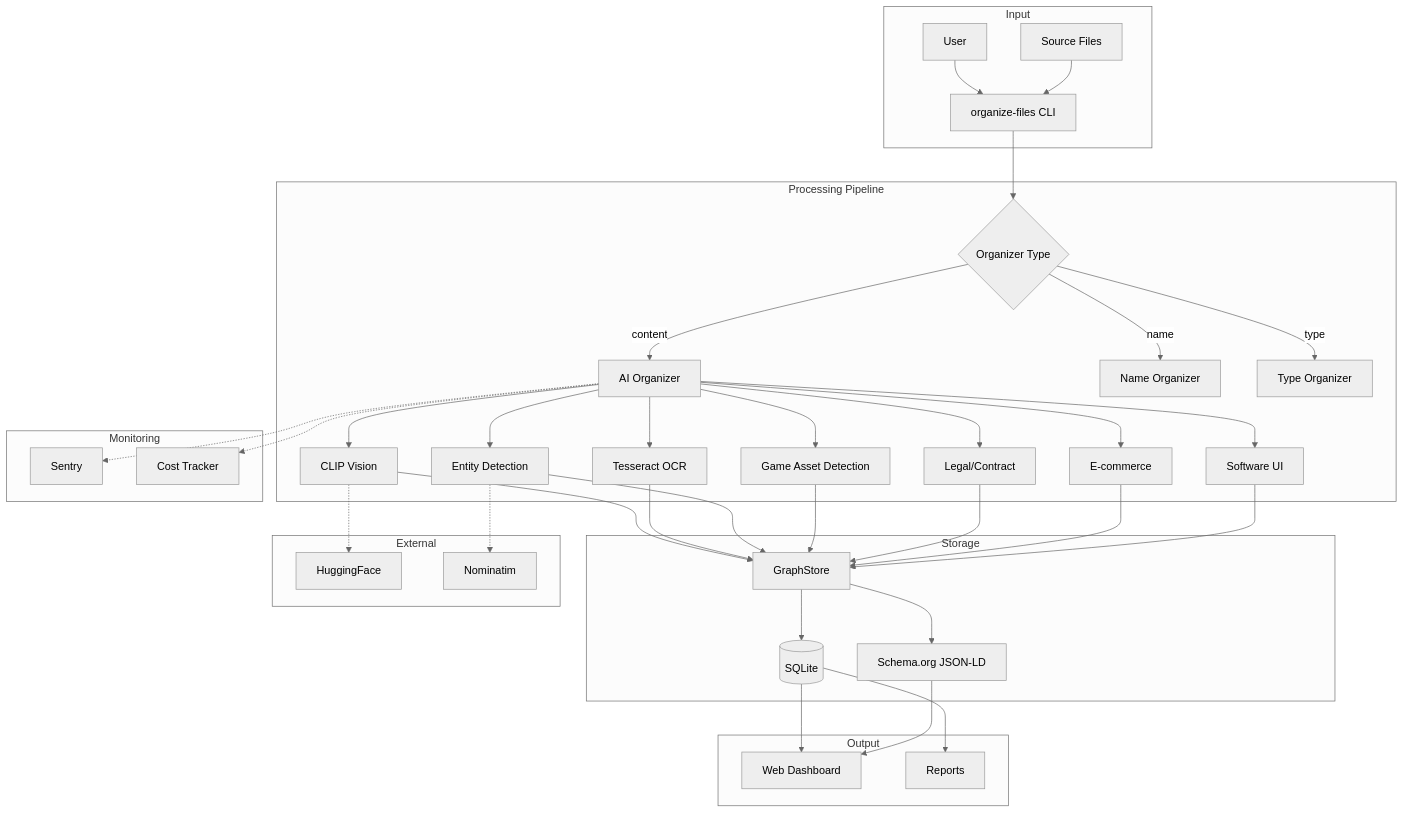
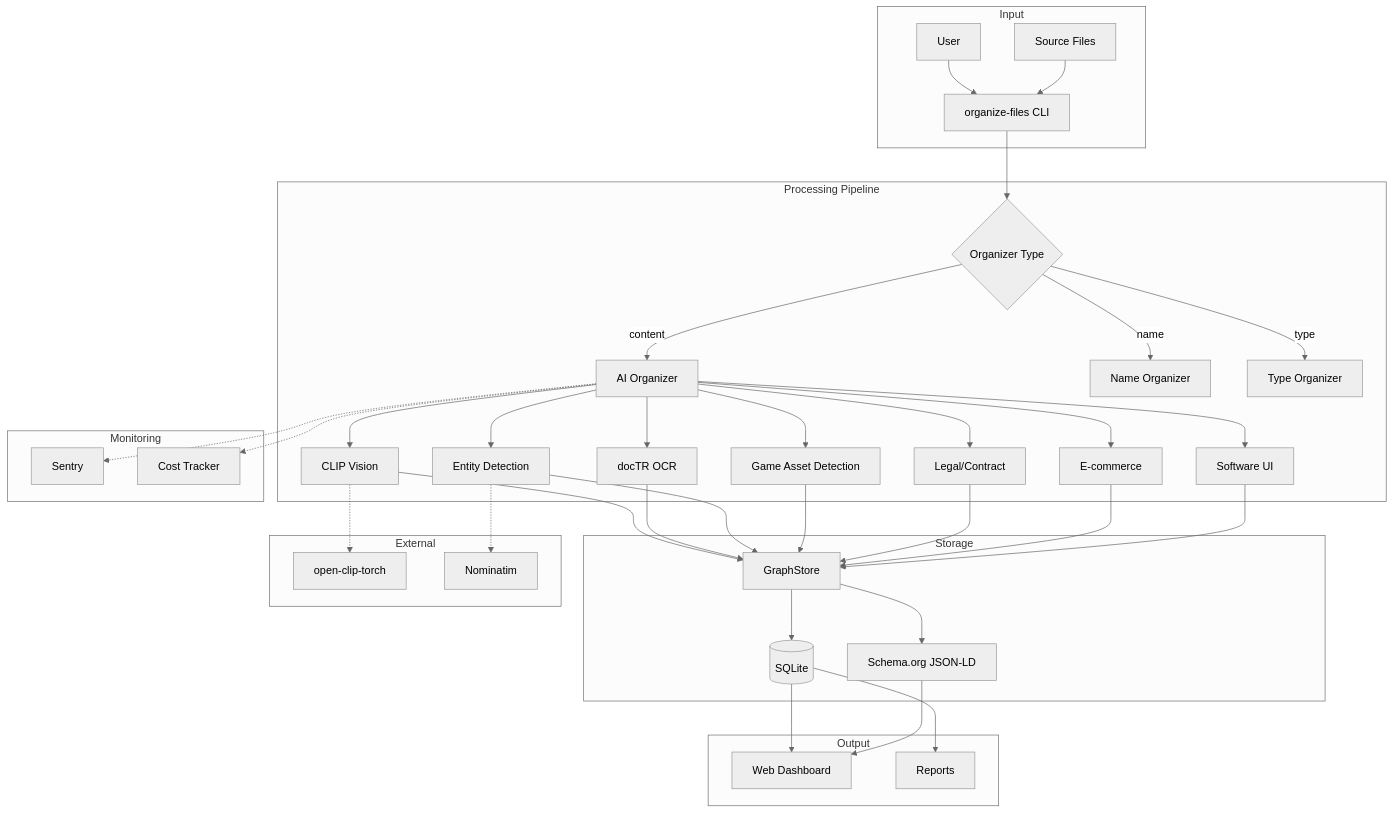
The second of 4 diagrams in README.md (aledlie/schema-org-file-system), drawn with Mermaid (neutral theme) before and after one commit. The commit also changed other lines of this file and 3 other files, not shown here.

First line of the commit message:
docs: update README, CLAUDE.md, and add unified scoring architecture docs

````diff
--- a/README.md
+++ b/README.md
@@ -179,44 +184,44 @@
 ```mermaid
 flowchart TB
     subgraph Input
         U[User] --> CLI[organize-files CLI]
         F[Source Files] --> CLI
     end
 
     subgraph Processing["Processing Pipeline"]
         CLI --> CO{Organizer Type}
         CO -->|content| AI[AI Organizer]
         CO -->|name| NM[Name Organizer]
         CO -->|type| TY[Type Organizer]
 
         AI --> CLIP[CLIP Vision]
-        AI --> OCR[Tesseract OCR]
+        AI --> OCR[docTR OCR]
         AI --> ED[Entity Detection]
         AI --> GAD[Game Asset Detection]
         AI --> LCD[Legal/Contract]
         AI --> ECD[E-commerce]
         AI --> SUI[Software UI]
     end
 
     subgraph Storage
         CLIP & OCR & ED & GAD & LCD & ECD & SUI --> GS[GraphStore]
         GS --> DB[(SQLite)]
         GS --> JSON[Schema.org JSON-LD]
     end
 
     subgraph Output
         DB --> DASH[Web Dashboard]
         JSON --> DASH
         DB --> RPT[Reports]
     end
 
     subgraph Monitoring
         AI -.-> SENTRY[Sentry]
         AI -.-> COST[Cost Tracker]
     end
 
     subgraph External
-        CLIP -.-> HF[HuggingFace]
+        CLIP -.-> HF[open-clip-torch]
         ED -.-> NOM[Nominatim]
     end
 ```
````
